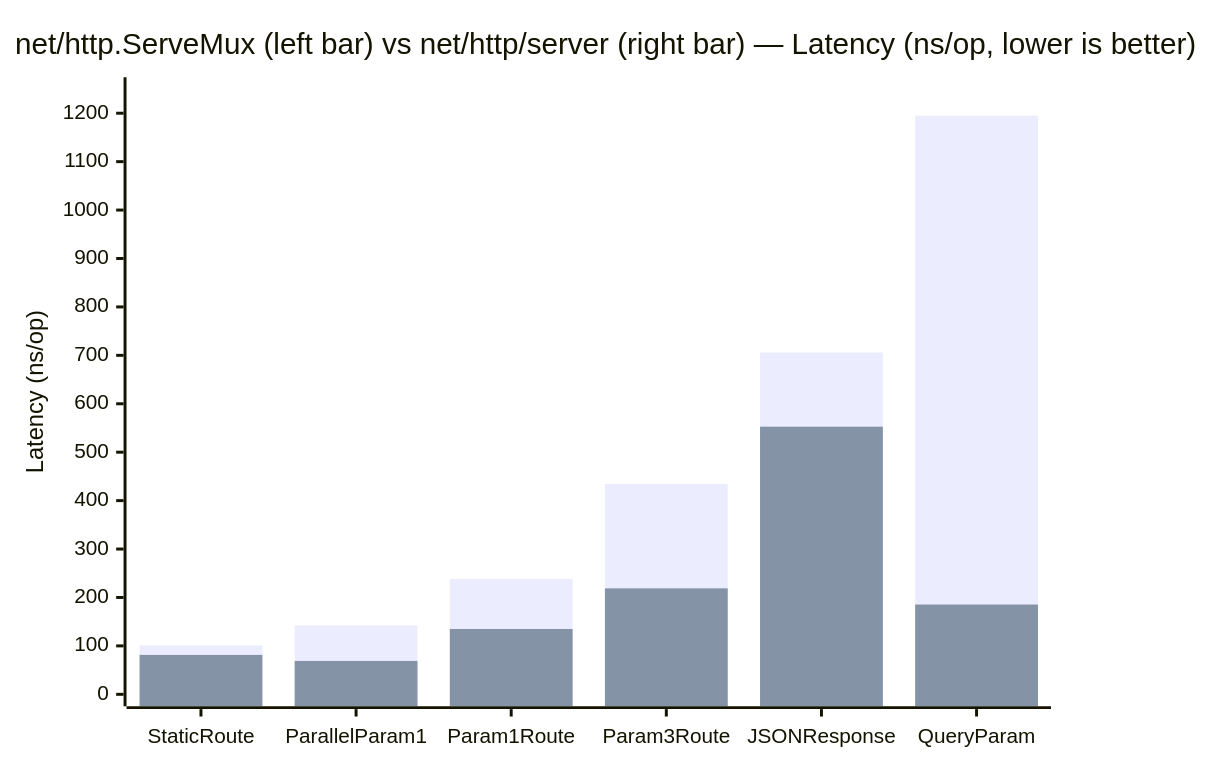
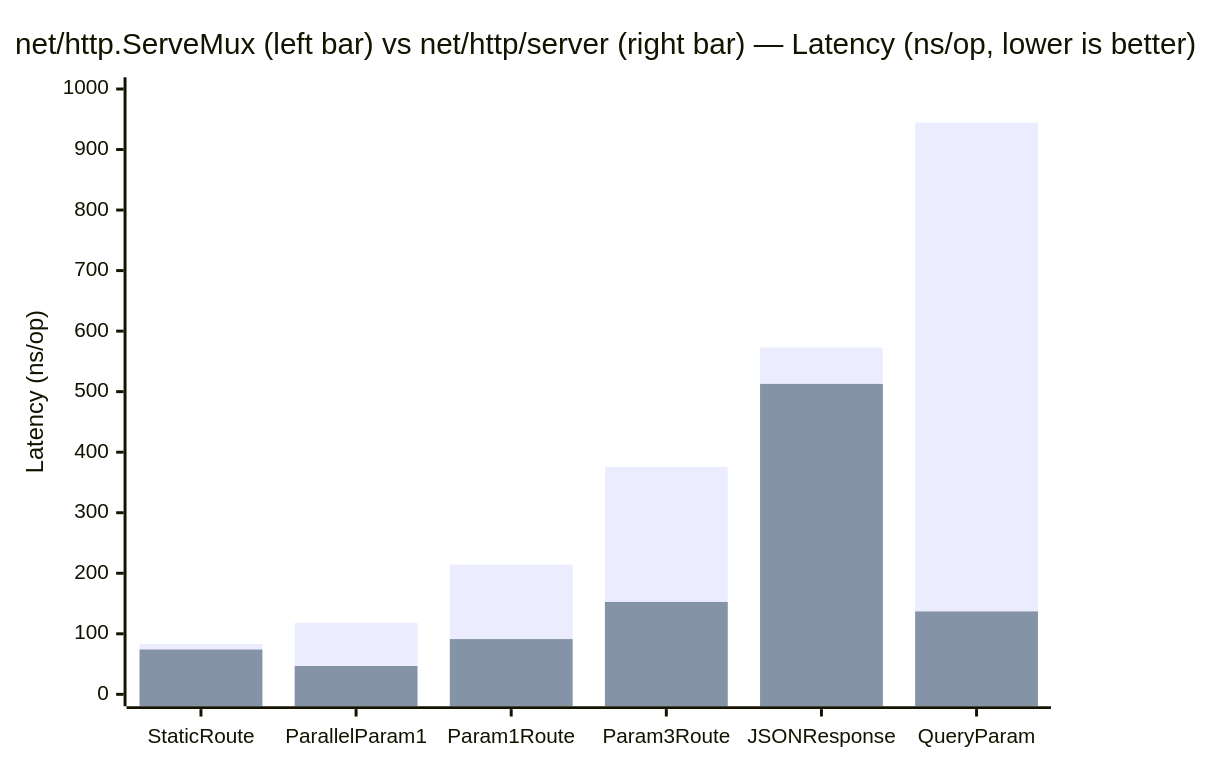
Before and after one commit to 404Setup/go: the fifth of 13 diagrams in README.md, drawn with Mermaid. The commit also changed other lines of this file and 13 other files, not shown here.

````diff
--- a/README.md
+++ b/README.md
@@ -154,8 +154,8 @@
 ```mermaid
 xychart-beta
     title "net/http.ServeMux (left bar) vs net/http/server (right bar) — Latency (ns/op, lower is better)"
     x-axis ["StaticRoute", "ParallelParam1", "Param1Route", "Param3Route", "JSONResponse", "QueryParam"]
-    y-axis "Latency (ns/op)" 0 --> 1250
-    bar [101.0, 142.3, 238.3, 434.4, 706.0, 1195]
-    bar [81.39, 68.93, 134.9, 218.8, 552.7, 185.4]
+    y-axis "Latency (ns/op)" 0 --> 1000
+    bar [83.19, 118.1, 214.4, 375.7, 572.8, 944.7]
+    bar [73.99, 46.79, 91.23, 152.6, 512.8, 136.9]
 ```
````
